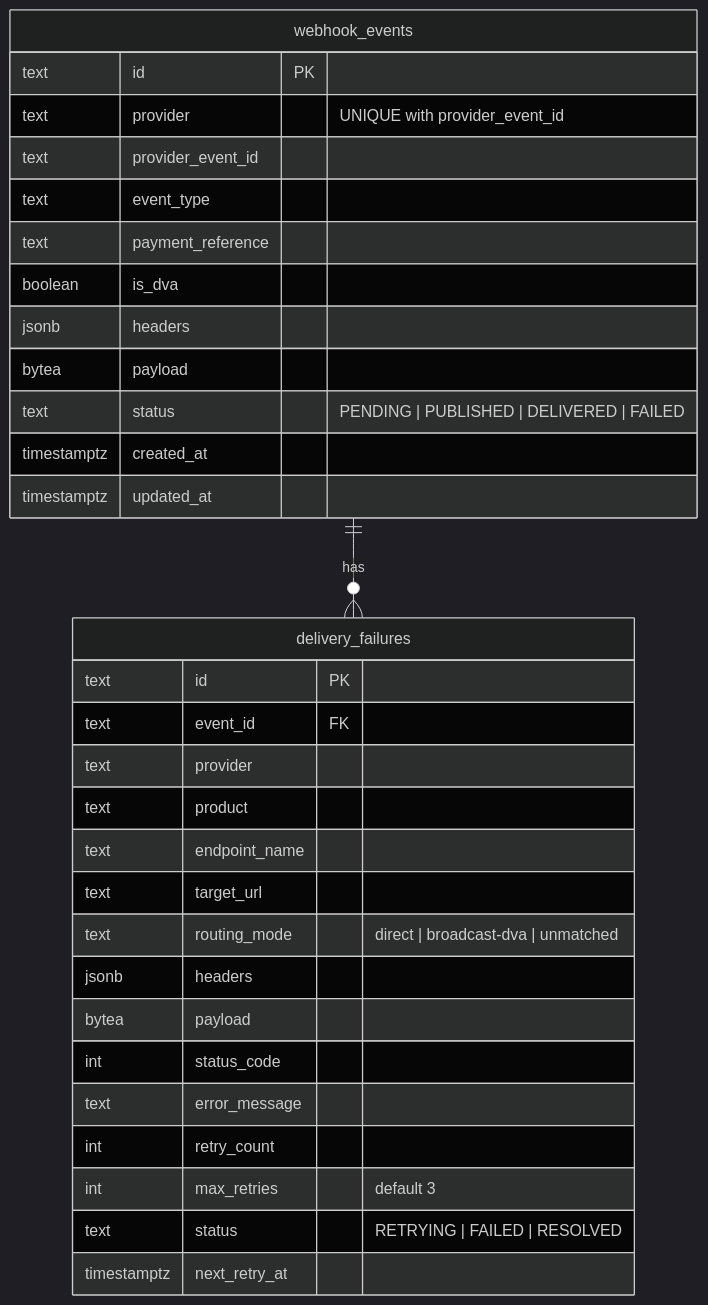
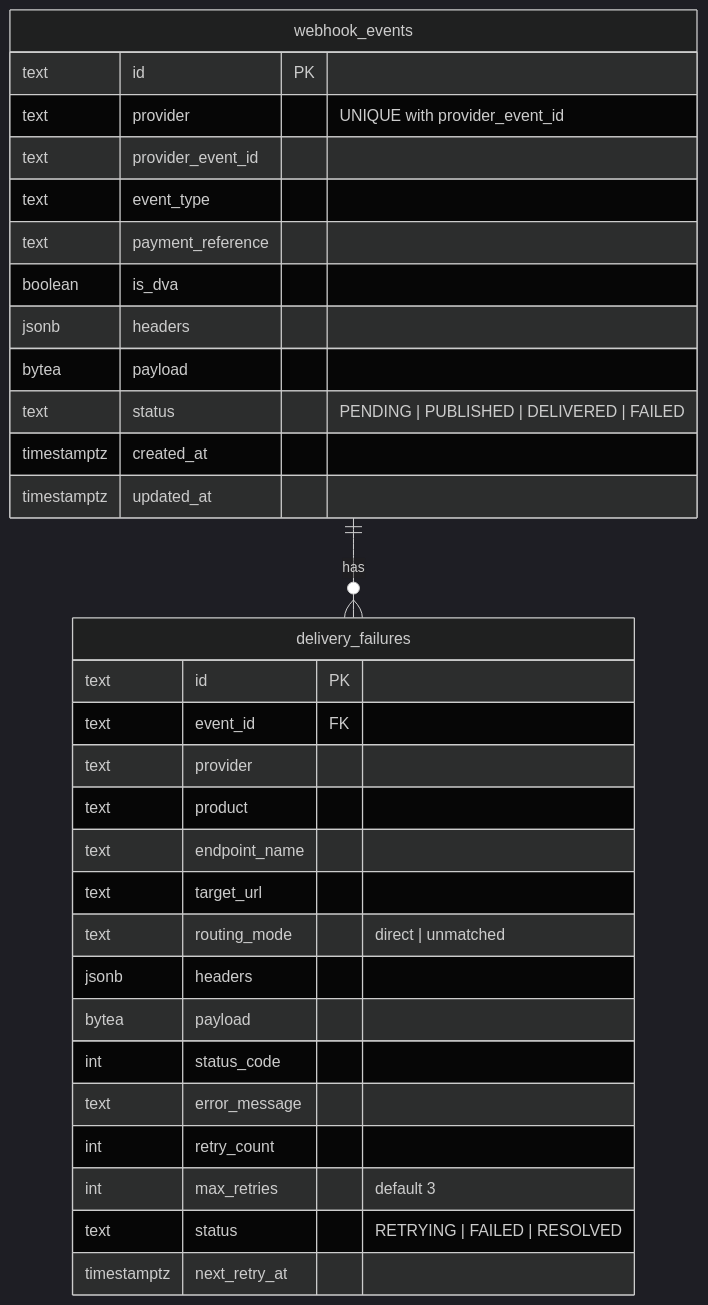
The fourth of 4 diagrams in README.md (Ayobami6/psprelay), drawn with Mermaid (dark theme) before and after one commit. The commit also changed other lines of this file and 3 other files, not shown here.

Commit message:
docs: update README and tests to reflect changes in DVA routing logic

````diff
--- a/README.md
+++ b/README.md
@@ -458,34 +457,34 @@
 ```mermaid
 erDiagram
     webhook_events ||--o{ delivery_failures : "has"
     webhook_events {
         text id PK
         text provider "UNIQUE with provider_event_id"
         text provider_event_id
         text event_type
         text payment_reference
         boolean is_dva
         jsonb headers
         bytea payload
         text status "PENDING | PUBLISHED | DELIVERED | FAILED"
         timestamptz created_at
         timestamptz updated_at
     }
     delivery_failures {
         text id PK
         text event_id FK
         text provider
         text product
         text endpoint_name
         text target_url
-        text routing_mode "direct | broadcast-dva | unmatched"
+        text routing_mode "direct | unmatched"
         jsonb headers
         bytea payload
         int status_code
         text error_message
         int retry_count
         int max_retries "default 3"
         text status "RETRYING | FAILED | RESOLVED"
         timestamptz next_retry_at
     }
 ```
````
